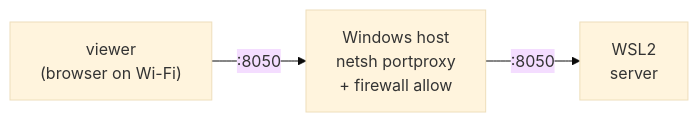
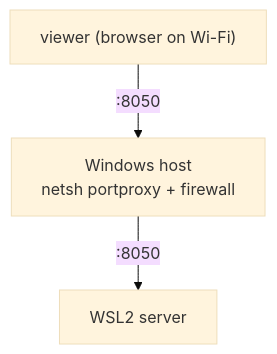
The fourth of 5 diagrams in docs/networking.md (jmontp/rtplot), drawn with Mermaid (base theme) before and after one commit. The commit also changed other lines of this file and 1 other file, not shown here.

First line of the commit message:
Mermaid diagrams: switch flowcharts to TD orientation for mobile

````diff
--- a/docs/networking.md
+++ b/docs/networking.md
@@ -90,8 +90,8 @@
 ```mermaid
-flowchart LR
-    v["viewer<br/>(browser on Wi-Fi)"]
-    w["Windows host<br/>netsh portproxy<br/>+ firewall allow"]
-    s["WSL2<br/>server"]
+flowchart TD
+    v["viewer (browser on Wi-Fi)"]
+    w["Windows host<br/>netsh portproxy + firewall"]
+    s["WSL2 server"]
     v -- ":8050" --> w
     w -- ":8050" --> s
 ```
````
